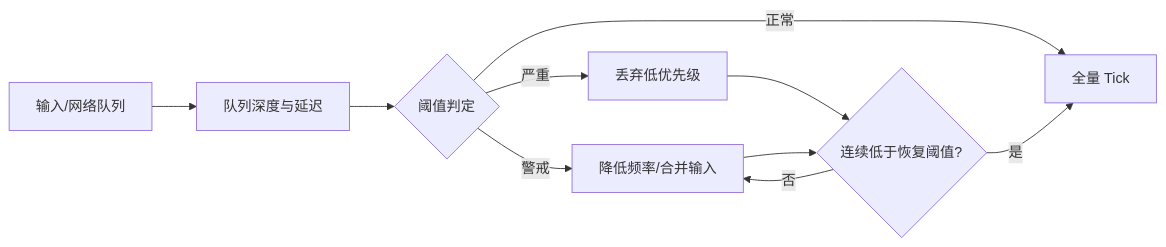
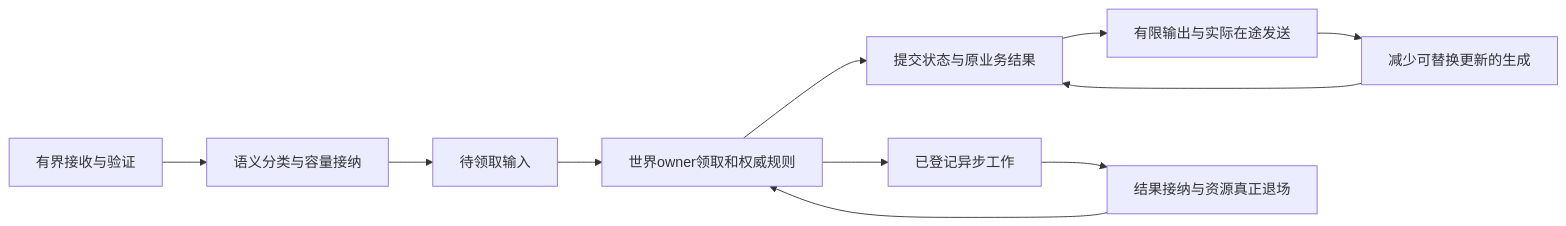
Before and after one commit to fantuan812/learning: the diagram in 知识/07-网络与游戏服务端/运行调度与过载保护/14-运行时背压与过载保护.md, drawn with Mermaid. The commit also changed other lines of this file and 1 other file, not shown here.

````diff
--- a/知识/07-网络与游戏服务端/运行调度与过载保护/14-运行时背压与过载保护.md
+++ b/知识/07-网络与游戏服务端/运行调度与过载保护/14-运行时背压与过载保护.md
@@ -309,12 +28,13 @@
 ```mermaid
 flowchart LR
-    I[输入/网络队列] --> Q[队列深度与延迟]
-    Q --> T{阈值判定}
-    T -- 正常 --> N[全量 Tick]
-    T -- 警戒 --> D[降低频率/合并输入]
-    T -- 严重 --> F[丢弃低优先级]
-    F --> R{连续低于恢复阈值?}
-    D --> R
-    R -- 否 --> D
-    R -- 是 --> N
+    I[有界接收与验证] --> A[语义分类与容量接纳]
+    A --> Q[待领取输入]
+    Q --> T[世界owner领取和权威规则]
+    T --> S[提交状态与原业务结果]
+    S --> O[有限输出与实际在途发送]
+    T --> X[已登记异步工作]
+    X --> R[结果接纳与资源真正退场]
+    R --> T
+    O --> B[减少可替换更新的生成]
+    B --> S
 ```
````
